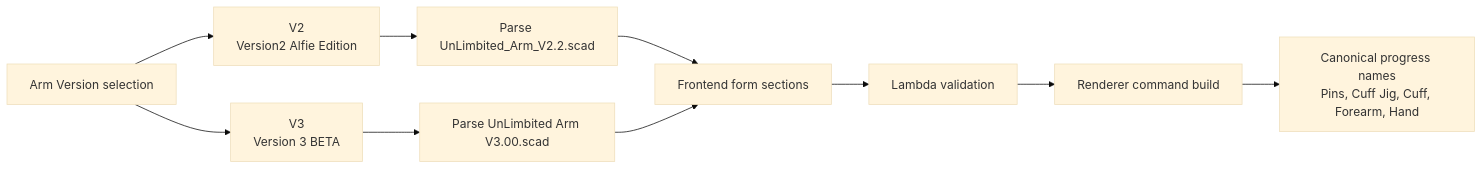
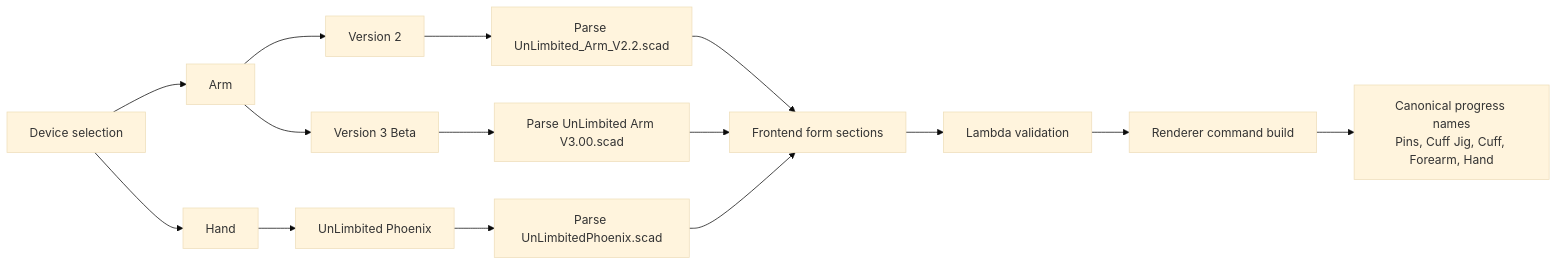
Before and after one commit to TeamUnLimbited/LimbGen: the fifth of 6 diagrams in docs/architecture/ARCHITECTURE_OVERVIEW.md, drawn with Mermaid (base theme). The commit also changed other lines of this file and 8 other files, not shown here.

````diff
--- a/docs/architecture/ARCHITECTURE_OVERVIEW.md
+++ b/docs/architecture/ARCHITECTURE_OVERVIEW.md
@@ -299,15 +299,21 @@
 ```mermaid
 flowchart LR
-    Version["Arm Version selection"] --> V2["V2\nVersion2 Alfie Edition"]
-    Version --> V3["V3\nVersion 3 BETA"]
+    Device["Device selection"] --> Arm["Arm"]
+    Device --> Hand["Hand"]
+
+    Arm --> V2["Version 2"]
+    Arm --> V3["Version 3 Beta"]
+    Hand --> P["UnLimbited Phoenix"]
 
     V2 --> V2Schema["Parse UnLimbited_Arm_V2.2.scad"]
     V3 --> V3Schema["Parse UnLimbited Arm V3.00.scad"]
+    P --> PSchema["Parse UnLimbitedPhoenix.scad"]
 
     V2Schema --> Fields["Frontend form sections"]
     V3Schema --> Fields
+    PSchema --> Fields
 
     Fields --> Validate["Lambda validation"]
     Validate --> Render["Renderer command build"]
     Render --> Progress["Canonical progress names\nPins, Cuff Jig, Cuff, Forearm, Hand"]
 ```
````
